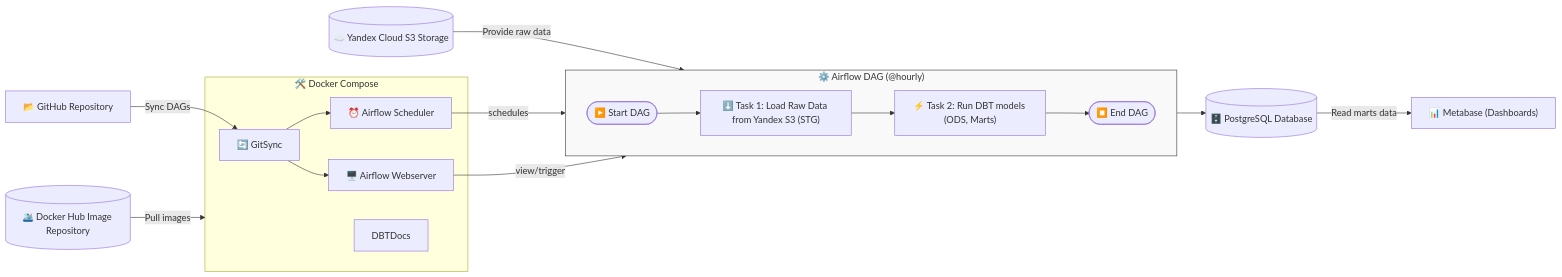
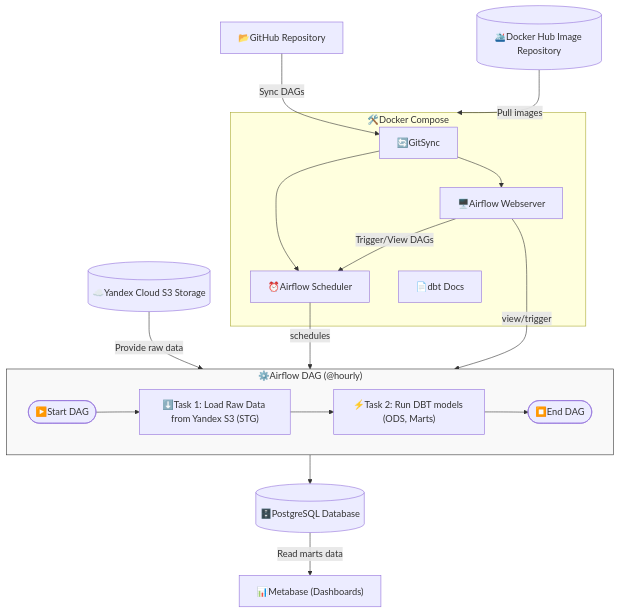
Before and after one commit to datavia/etl-airflow-dbt-metabase: the diagram in README.md, drawn with Mermaid. The commit also changed other lines of this file, not shown here.

Commit message:
update graph

````diff
--- a/README.md
+++ b/README.md
@@ -129,31 +98,32 @@
 ```mermaid
-flowchart LR
-    DockerHub[(🛳️ Docker Hub Image Repository)] -->|Pull images| DockerCompose
-    GitHub["📂 GitHub Repository"] -->|Sync DAGs| GitSync
+flowchart TD
+    DockerHub[(🛳️Docker Hub Image Repository)] -->|Pull images| DockerCompose
+    GitHub["📂GitHub Repository"] -->|Sync DAGs| GitSync
 
-    subgraph DockerCompose["🛠️ Docker Compose"]
-        Webserver[🖥️ Airflow Webserver]
-        Scheduler[⏰ Airflow Scheduler]
-        GitSync["🔄 GitSync"]
-        DBTDocs
+    subgraph DockerCompose["🛠️Docker Compose"]
+        Webserver[🖥️Airflow Webserver]
+        Scheduler[⏰Airflow Scheduler]
+        GitSync["🔄GitSync "]
+        DBTDocs["📄dbt Docs"]
     end
 
     GitSync --> Webserver
     GitSync --> Scheduler
 
     Scheduler --> |schedules| DAG
     Webserver --> |view/trigger| DAG
 
-    YandexS3[(☁️ Yandex Cloud S3 Storage)] -->|Provide raw data| Task1_LoadS3
-
-    subgraph DAG["⚙️ Airflow DAG (@hourly)"]
+    subgraph DAG["⚙️Airflow DAG (@hourly)"]
         direction LR
-        DAGStart([▶️ Start DAG]) --> Task1_LoadS3["⬇️ Task 1: Load Raw Data from Yandex S3 (STG)"] --> Task2_DBT["⚡ Task 2: Run DBT models (ODS, Marts)"] --> DAGEnd([⏹️ End DAG])
+        DAGStart([▶️Start DAG]) --> Task1_LoadS3["⬇️Task 1: Load Raw Data from Yandex S3 (STG)"] --> Task2_DBT["⚡Task 2: Run DBT models (ODS, Marts)"] --> DAGEnd([⏹️End DAG])
     end
 
-    Task2_DBT --> PostgreSQL[(🗄️ PostgreSQL Database)]
+    YandexS3[(☁️Yandex Cloud S3 Storage)] -->|Provide raw data| Task1_LoadS3
 
-    PostgreSQL -->|Read marts data| Metabase["📊 Metabase (Dashboards)"]
+    Task2_DBT --> PostgreSQL[(🗄️PostgreSQL Database)]
+
+    Webserver -->|Trigger/View DAGs| Scheduler
+    PostgreSQL -->|Read marts data| Metabase["📊Metabase (Dashboards)"]
 
     style DAG fill:#f9f9f9,stroke:#333
 ```
````
